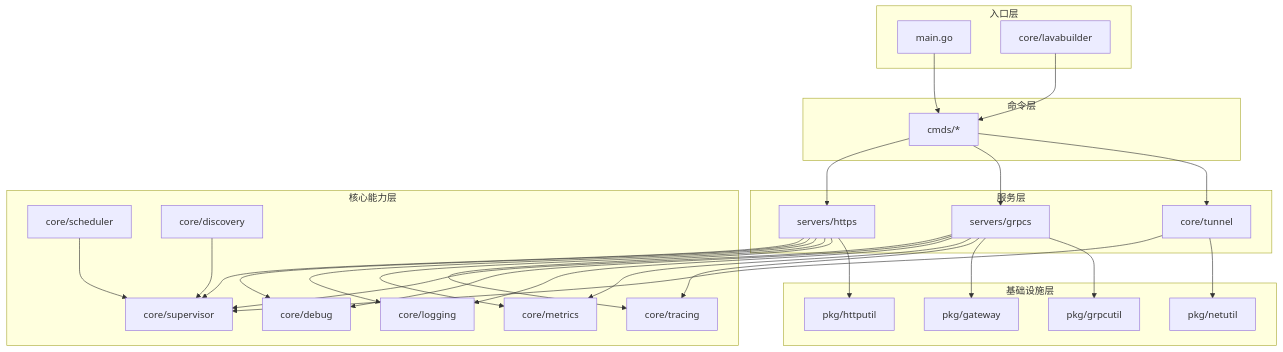
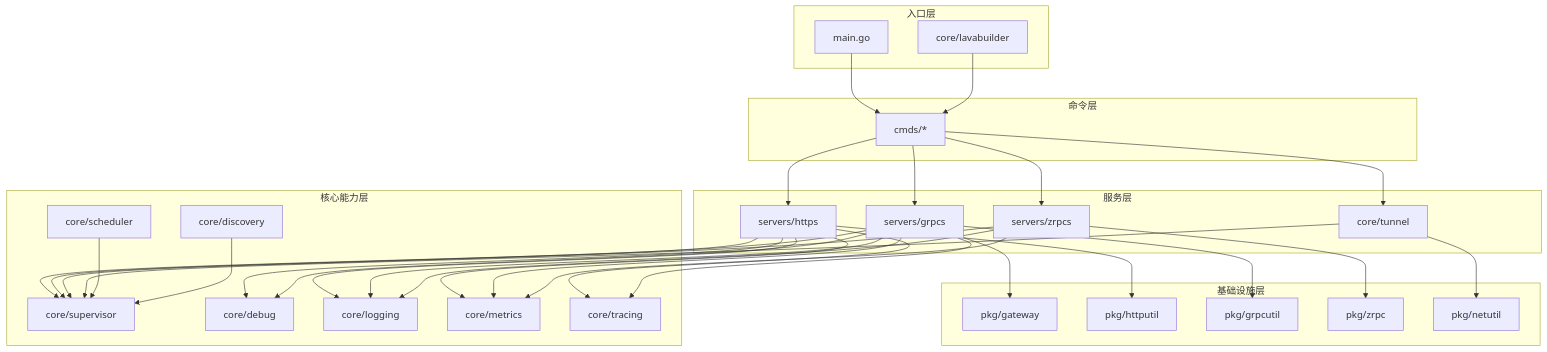
The first of 6 diagrams in docs/architecture-v2.md (pubgo/lava), drawn with Mermaid before and after one commit. The commit also changed other lines of this file and 51 other files, not shown here.

````diff
--- a/docs/architecture-v2.md
+++ b/docs/architecture-v2.md
@@ -7,57 +7,64 @@
 ```mermaid
 flowchart TD
     subgraph Entry[入口层]
         MAIN[main.go]
         BUILDER[core/lavabuilder]
     end
 
     subgraph Cmd[命令层]
         CMDS[cmds/*]
     end
 
     subgraph Service[服务层]
         HTTPS[servers/https]
         GRPCS[servers/grpcs]
+        ZRPCS[servers/zrpcs]
         TUNNEL[core/tunnel]
     end
 
     subgraph Core[核心能力层]
         SUP[core/supervisor]
         DBG[core/debug]
         LOG[core/logging]
         MET[core/metrics]
         TRC[core/tracing]
         SCHED[core/scheduler]
         DISC[core/discovery]
     end
 
     subgraph Infra[基础设施层]
         GW[pkg/gateway]
         HTTPU[pkg/httputil]
         GRPCU[pkg/grpcutil]
+        ZRPC[pkg/zrpc]
         NETU[pkg/netutil]
     end
 
     MAIN --> CMDS
     BUILDER --> CMDS
     CMDS --> HTTPS
     CMDS --> GRPCS
+    CMDS --> ZRPCS
     CMDS --> TUNNEL
     HTTPS --> SUP
     GRPCS --> SUP
+    ZRPCS --> SUP
     TUNNEL --> SUP
     HTTPS --> DBG
     GRPCS --> DBG
     HTTPS --> LOG
     GRPCS --> LOG
     HTTPS --> MET
     GRPCS --> MET
     HTTPS --> TRC
     GRPCS --> TRC
+    ZRPCS --> LOG
+    ZRPCS --> MET
     GRPCS --> GW
     HTTPS --> HTTPU
     GRPCS --> GRPCU
+    ZRPCS --> ZRPC
     TUNNEL --> NETU
     SCHED --> SUP
     DISC --> SUP
 ```
````
